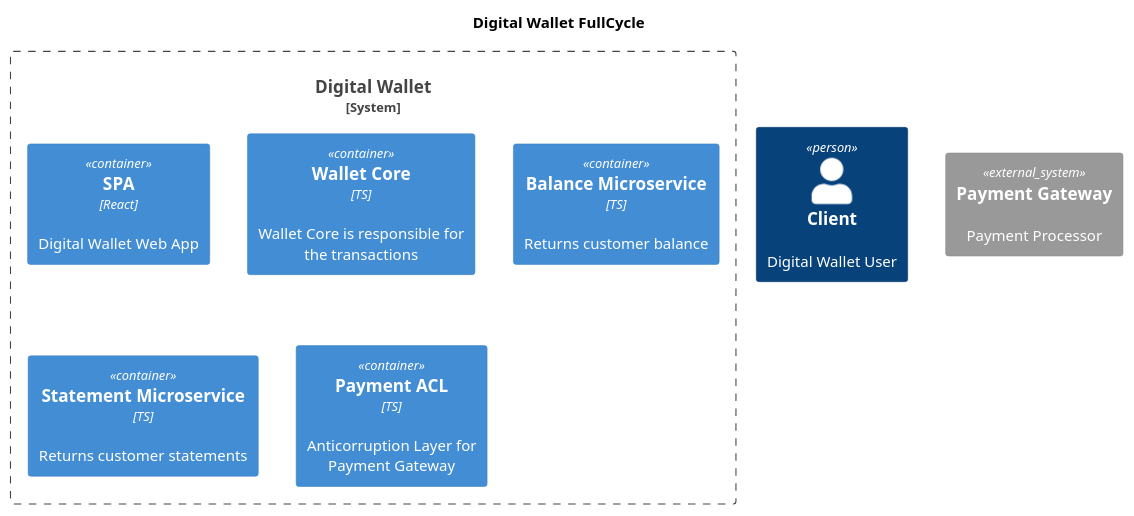
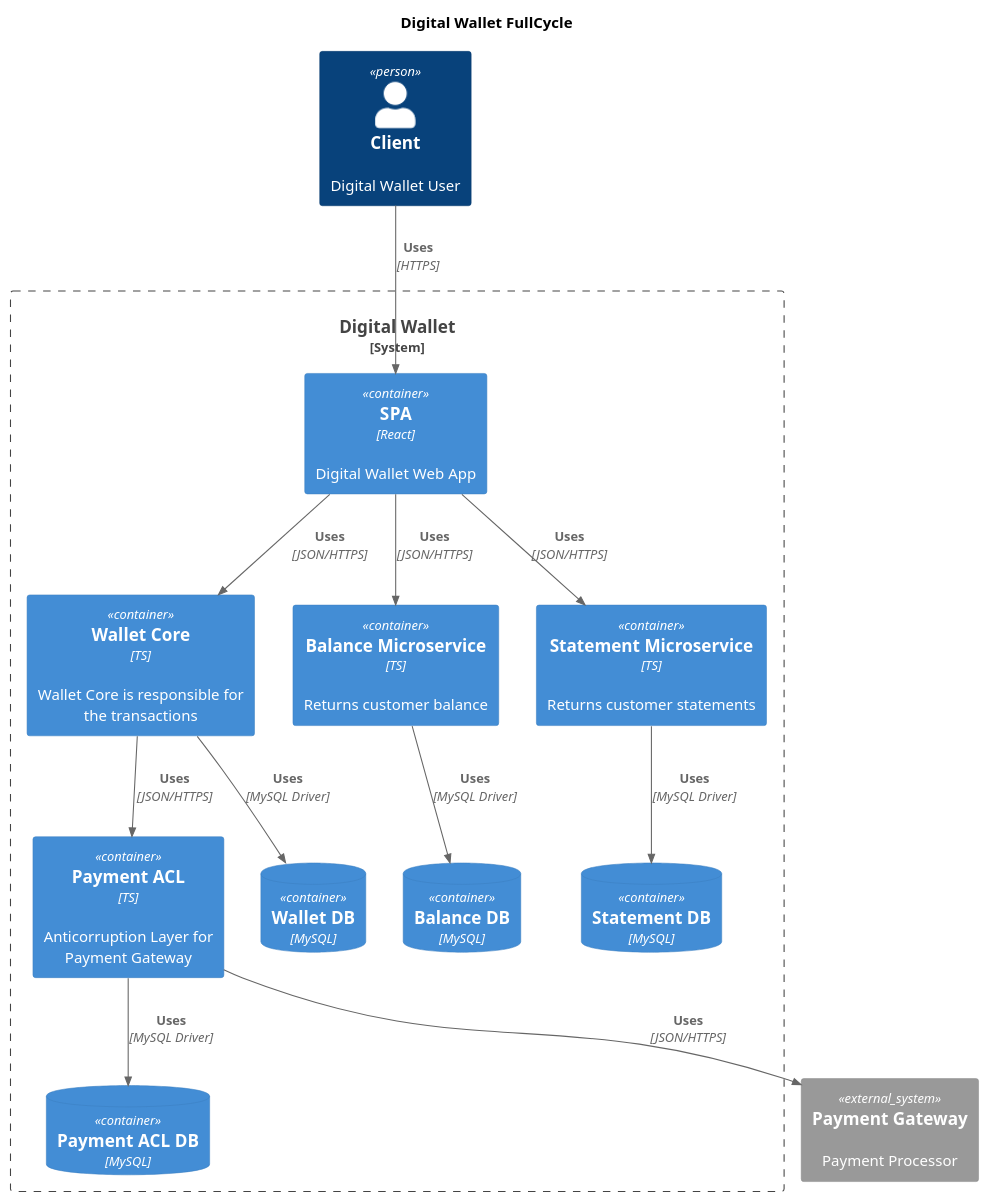
One commit to Rafiere/course_fullcycle_arquitetura-baseada-em-microsservicos changed the diagram in aula-03/containers.puml. Above: the diagram before and after it, drawn with PlantUML.

Commit message:
feat: add relationships between SPA and services

```diff
--- a/aula-03/containers.puml
+++ b/aula-03/containers.puml
@@ -1,24 +1,45 @@
 @startuml "First Diagram"
 
 ' Including initial library for containers.
 !include https://raw.githubusercontent.com/plantuml-stdlib/C4-PlantUML/master/C4_Container.puml
 
 title "Digital Wallet FullCycle"
 
 Person(client, "Client", "Digital Wallet User")
 
 System_Ext(payment_gateway, "Payment Gateway", "Payment Processor")
 
 System_Boundary(digital_wallet, "Digital Wallet"){
     ' Tudo o que está dentro dessas chaves fazem parte do sistema.
 
     'Cada microsserviço será um container.
     Container(spa, "SPA", "React", "Digital Wallet Web App")
 
     Container(wallet_core, "Wallet Core", "TS", "Wallet Core is responsible for the transactions")
     Container(balance_service, "Balance Microservice", "TS", "Returns customer balance")
     Container(statement_service, "Statement Microservice", "TS", "Returns customer statements")
     Container(payment_acl, "Payment ACL", "TS", "Anticorruption Layer for Payment Gateway")
+
+    ContainerDb(wallet_code_db, "Wallet DB", "MySQL")
+    Rel(wallet_core, wallet_code_db, "Uses", "MySQL Driver")
+
+
+    ContainerDb(balance_db, "Balance DB", "MySQL")
+    Rel(balance_service, balance_db, "Uses", "MySQL Driver")
+
+    ContainerDb(statement_db, "Statement DB", "MySQL")
+    Rel(statement_service, statement_db, "Uses", "MySQL Driver")
+
+    ContainerDb(payment_acl_db, "Payment ACL DB", "MySQL")
+    Rel(payment_acl, payment_acl_db, "Uses", "MySQL Driver")
+
+    Rel(client, spa, "Uses", "HTTPS")
+    Rel(spa, wallet_core, "Uses", "JSON/HTTPS")
+    Rel(spa, balance_service, "Uses", "JSON/HTTPS")
+    Rel(spa, statement_service, "Uses", "JSON/HTTPS")
+
+    Rel(wallet_core, payment_acl, "Uses", "JSON/HTTPS")
+    Rel(payment_acl, payment_gateway, "Uses", "JSON/HTTPS")
 }
 
 @enduml
```
